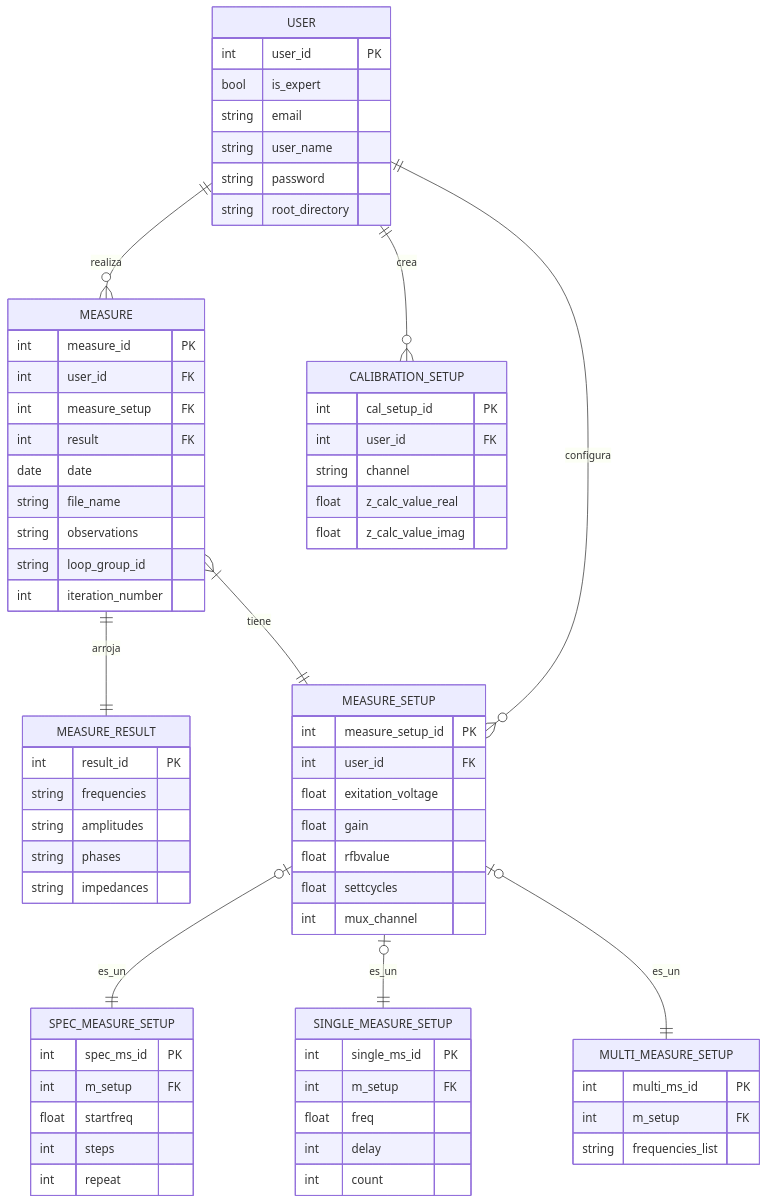
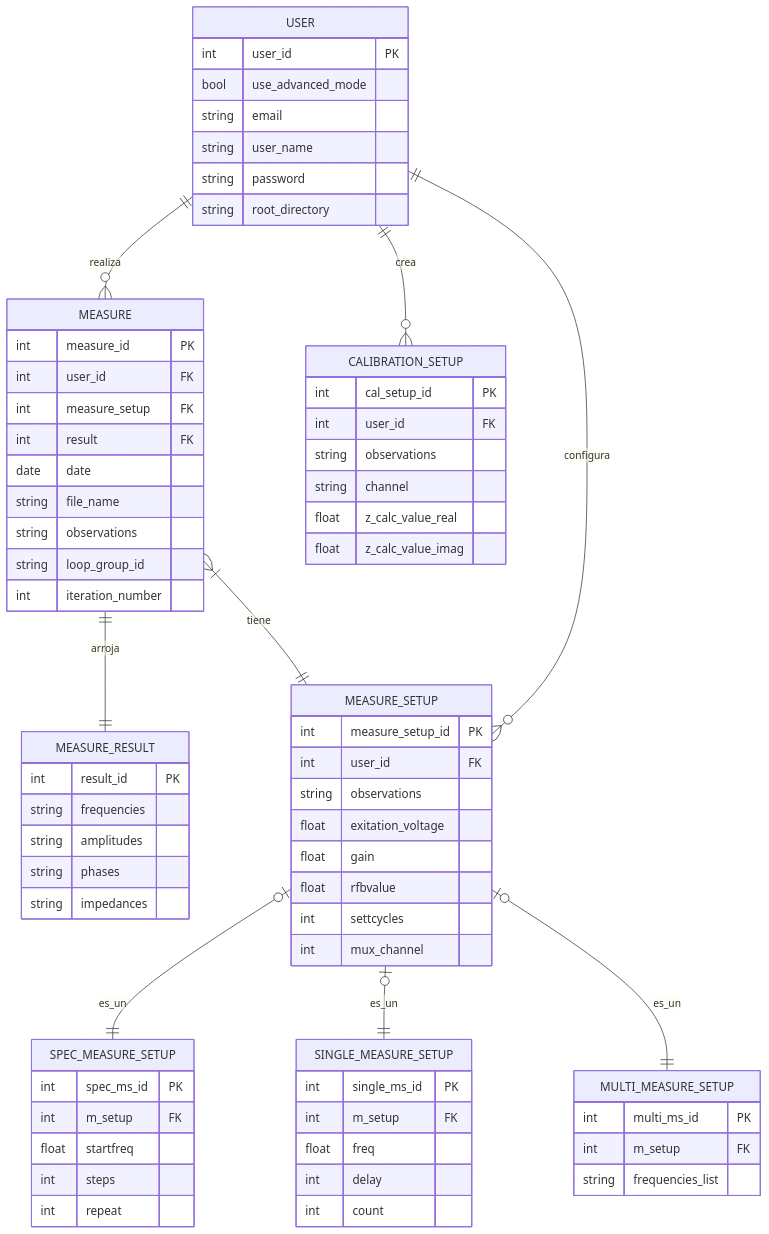
Before and after one commit to alegrelias/Repo-GMini: the fourth of 4 diagrams in Gmini-MarkDown/Diagramas/Diseño de base de datos.md, drawn with Mermaid.

Commit message:
Se modifica DER

```diff
--- a/Gmini-MarkDown/Diagramas/Diseño de base de datos.md
+++ b/Gmini-MarkDown/Diagramas/Diseño de base de datos.md
@@ -33,7 +33,7 @@
 
 USER{
 	int user_id PK
-	bool is_expert
+	bool use_advanced_mode
 	string email
 	string user_name
 	string password
@@ -43,6 +43,7 @@
 CALIBRATION_SETUP{
 	int cal_setup_id PK
 	int user_id FK
+	string observations
 	string channel
 	float z_calc_value_real
 	float z_calc_value_imag
@@ -71,10 +72,11 @@
 MEASURE_SETUP{
 	int measure_setup_id PK
 	int user_id FK
+	string observations
 	float exitation_voltage
 	float gain
 	float rfbvalue
-	float settcycles
+	int settcycles
 	int mux_channel
 }
 
```
